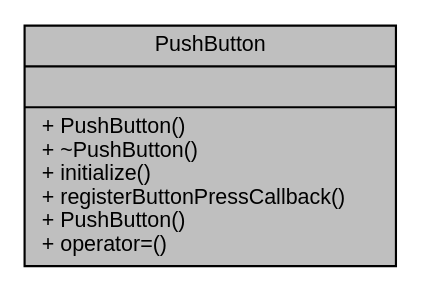
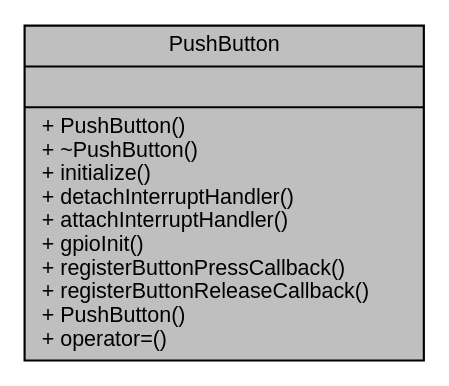
The diagram in classPushButton__coll__graph.dot (saleemhamo/traffic-light-system), drawn with Graphviz before and after one commit. The commit also changed 138 other files, not shown here.

```diff
--- a/classPushButton__coll__graph.dot
+++ b/classPushButton__coll__graph.dot
@@ -1,7 +1,7 @@
 digraph "PushButton"
 {
  // LATEX_PDF_SIZE
   edge [fontname="Helvetica",fontsize="10",labelfontname="Helvetica",labelfontsize="10"];
   node [fontname="Helvetica",fontsize="10",shape=record];
-  Node1 [label="{PushButton\n||+ PushButton()\l+ ~PushButton()\l+ initialize()\l+ registerButtonPressCallback()\l+ PushButton()\l+ operator=()\l}",height=0.2,width=0.4,color="black", fillcolor="grey75", style="filled", fontcolor="black",tooltip="Manages the interaction with a physical push button connected to a GPIO pin."];
+  Node1 [label="{PushButton\n||+ PushButton()\l+ ~PushButton()\l+ initialize()\l+ detachInterruptHandler()\l+ attachInterruptHandler()\l+ gpioInit()\l+ registerButtonPressCallback()\l+ registerButtonReleaseCallback()\l+ PushButton()\l+ operator=()\l}",height=0.2,width=0.4,color="black", fillcolor="grey75", style="filled", fontcolor="black",tooltip="Manages the interaction with a physical push button connected to a GPIO pin."];
 }
```
